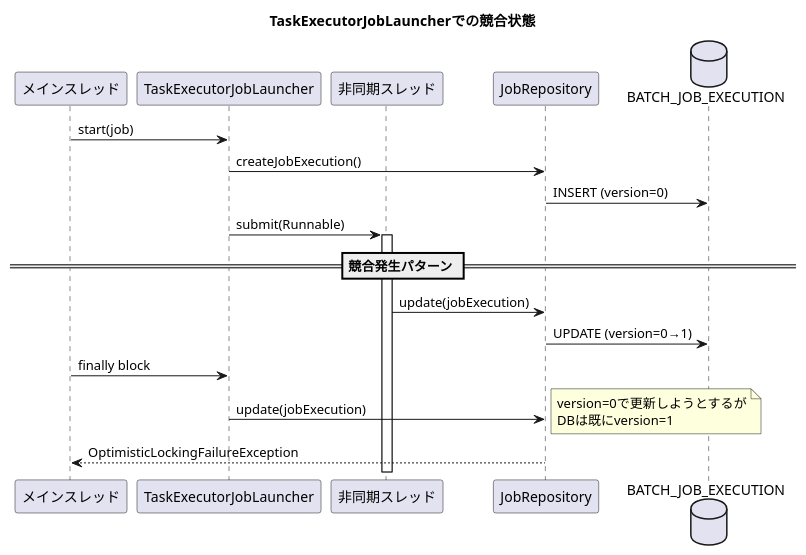
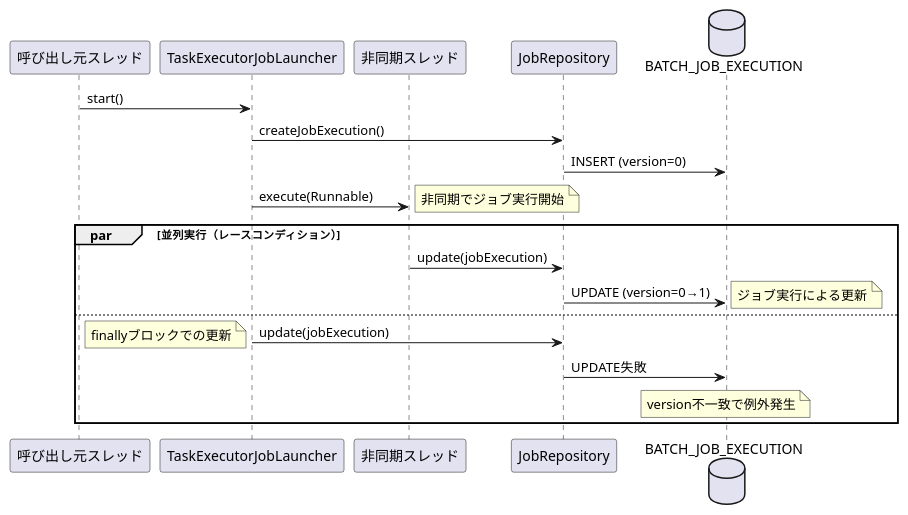
The diagram in output/spring-batch/6.0.2/all/current/markdown/issues_summary/issue_5106.md (mochimoching/github_issue_translate), drawn with PlantUML before and after one commit. The commit also changed other lines of this file and 76 other files, not shown here.

````diff
--- a/output/spring-batch/6.0.2/all/current/markdown/issues_summary/issue_5106.md
+++ b/output/spring-batch/6.0.2/all/current/markdown/issues_summary/issue_5106.md
@@ -18,28 +13,27 @@
 ```plantuml
 @startuml
-title TaskExecutorJobLauncherでの競合状態
-
-participant "メインスレッド" as Main
+participant "呼び出し元スレッド" as Caller
 participant "TaskExecutorJobLauncher" as Launcher
 participant "非同期スレッド" as Async
 participant "JobRepository" as Repo
 database "BATCH_JOB_EXECUTION" as DB
 
-Main -> Launcher: start(job)
+Caller -> Launcher: start()
 Launcher -> Repo: createJobExecution()
 Repo -> DB: INSERT (version=0)
-Launcher -> Async: submit(Runnable)
-activate Async
+Launcher -> Async: execute(Runnable)
+note right: 非同期でジョブ実行開始
 
-== 競合発生パターン ==
-
-Async -> Repo: update(jobExecution)
-Repo -> DB: UPDATE (version=0→1)
-
-Main -> Launcher: finally block
-Launcher -> Repo: update(jobExecution)
-note right: version=0で更新しようとするが\nDBは既にversion=1
-Repo --> Main: OptimisticLockingFailureException
+par 並列実行（レースコンディション）
+    Async -> Repo: update(jobExecution)
+    Repo -> DB: UPDATE (version=0→1)
+    note right: ジョブ実行による更新
+else
+    Launcher -> Repo: update(jobExecution)
+    note left: finallyブロックでの更新
+    Repo -> DB: UPDATE失敗
+    note over DB: version不一致で例外発生
+end
 
 @enduml
 ```
````
